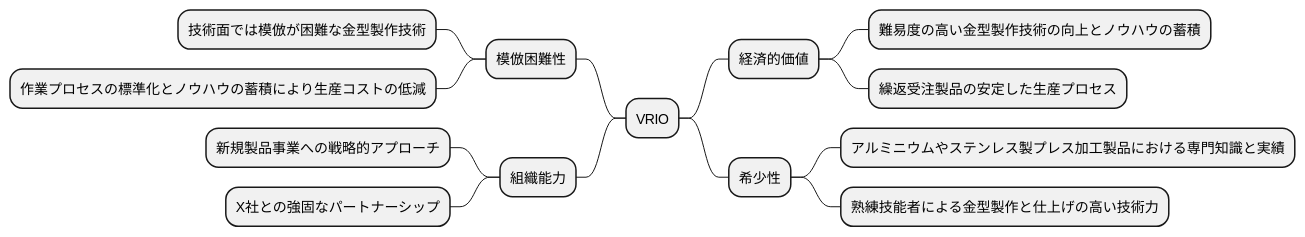
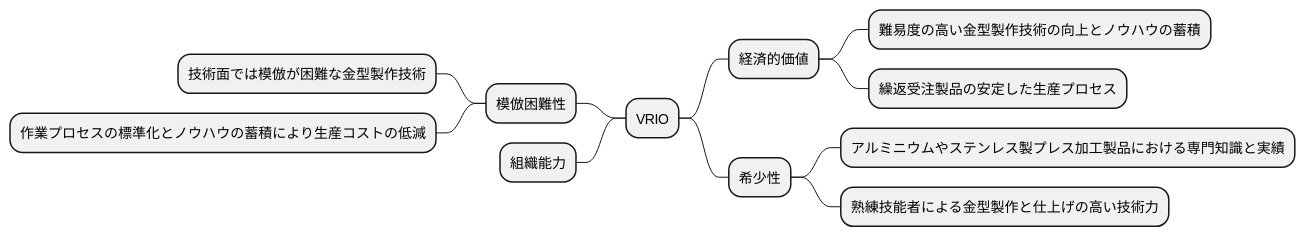
Before and after one commit to k2works/case-sutudy-business-analysis: the fourth of 16 diagrams in docs/case/r04_case_3.adoc, drawn with PlantUML. The commit also changed other lines of this file, not shown here.

```diff
--- a/docs/case/r04_case_3.adoc
+++ b/docs/case/r04_case_3.adoc
@@ -178,19 +181,17 @@
 [plantuml]
 ----
 @startmindmap
 * VRIO
 ** 経済的価値
 *** 難易度の高い金型製作技術の向上とノウハウの蓄積
 *** 繰返受注製品の安定した生産プロセス
 ** 希少性
 *** アルミニウムやステンレス製プレス加工製品における専門知識と実績
 *** 熟練技能者による金型製作と仕上げの高い技術力
 left side
 ** 模倣困難性
 *** 技術面では模倣が困難な金型製作技術
 *** 作業プロセスの標準化とノウハウの蓄積により生産コストの低減
 ** 組織能力
-*** 新規製品事業への戦略的アプローチ
-*** X社との強固なパートナーシップ
 @endmindmapp
 ----
```
